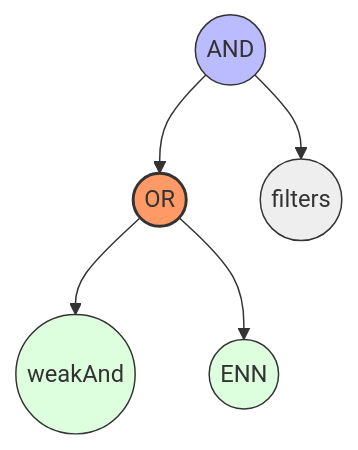
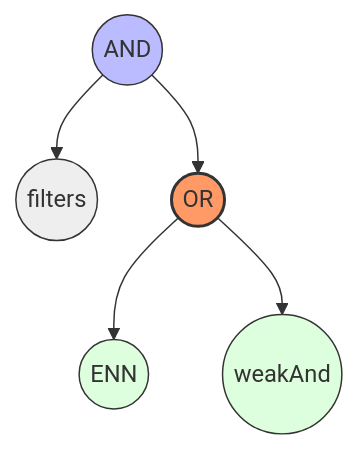
One commit to dainiusjocas/notes changed the first of 2 diagrams in vespa/hybrid-search-enn-weakand.md. Above: the diagram before and after it, drawn with Mermaid. The commit also changed other lines of this file and 6 other files, not shown here.

Commit message:
white background for mermaid diagrams

````diff
--- a/vespa/hybrid-search-enn-weakand.md
+++ b/vespa/hybrid-search-enn-weakand.md
@@ -56,26 +63,28 @@
 ```{mermaid}
+%%{init: { "themeCSS": ".label { font-family: sans-serif; } rect.outer { fill: white !important; } svg { background-color: white !important; }" } }%%
+
 graph TD
     %% Root Node
     AND1((AND))
+    
+    %% Left Branch
+    Filters1((filters))
     
     %% Right Branch
     OR((OR))
     ENN((ENN))
     WA((weakAnd))
 
-    %% Left Branch
-    Filters1((filters))
-    
     %% Structure
     AND1 --> Filters1
     AND1 --> OR
+    OR --> ENN
     OR --> WA
-    OR --> ENN
     
     %% Styling for better readability in circular nodes
     style OR fill:#f96,stroke:#333,stroke-width:2px,rx:100,ry:100
     style AND1 fill:#bbf,stroke:#333,rx:100,ry:100
     style ENN fill:#dfd,stroke:#333,rx:100,ry:100
     style WA fill:#dfd,stroke:#333,rx:100,ry:100
     style Filters1 fill:#eee,stroke:#333,rx:100,ry:100
 ```
````
